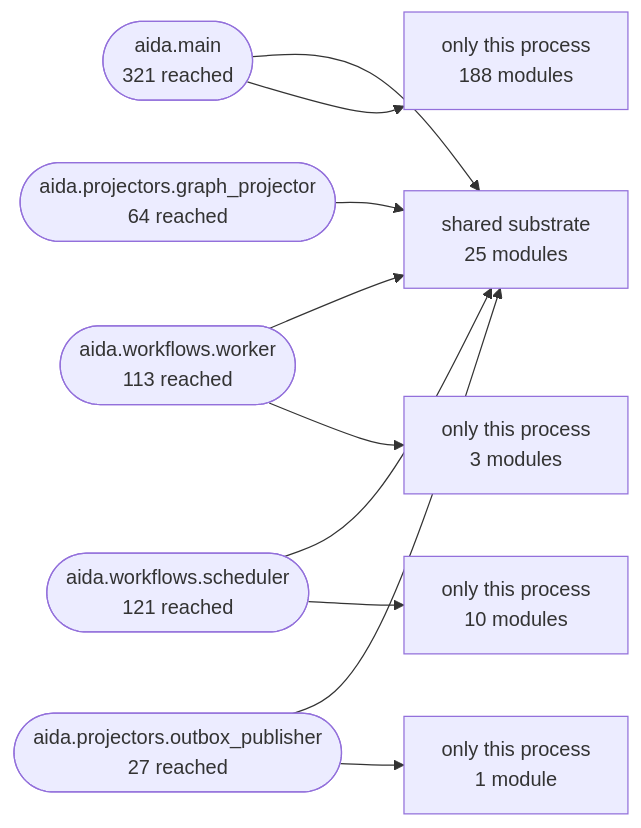
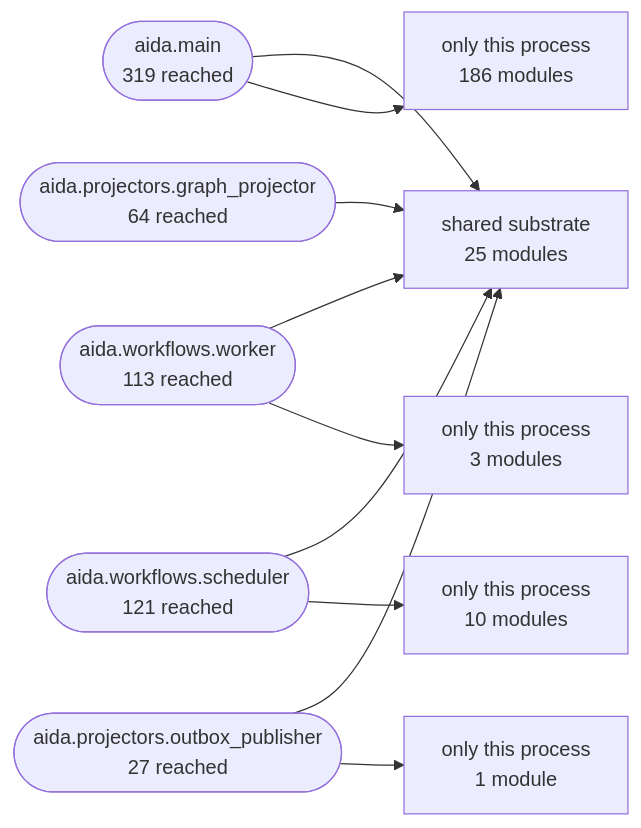
One commit to karuppusamym/AIDataAnalyst changed the second of 3 diagrams in Docs/10-architecture/14-generated-architecture-map.md. Above: the diagram before and after it, drawn with Mermaid. The commit also changed other lines of this file and 35 other files, not shown here.

````diff
--- a/Docs/10-architecture/14-generated-architecture-map.md
+++ b/Docs/10-architecture/14-generated-architecture-map.md
@@ -172,22 +172,22 @@
 ```mermaid
 graph LR
   shared["shared substrate<br/>25 modules"]
-  aida_main(["aida.main<br/>321 reached"])
+  aida_main(["aida.main<br/>319 reached"])
   aida_workflows_worker(["aida.workflows.worker<br/>113 reached"])
   aida_workflows_scheduler(["aida.workflows.scheduler<br/>121 reached"])
   aida_projectors_graph_projector(["aida.projectors.graph_projector<br/>64 reached"])
   aida_projectors_outbox_publisher(["aida.projectors.outbox_publisher<br/>27 reached"])
   aida_main --> shared
-  only_aida_main["only this process<br/>188 modules"]
+  only_aida_main["only this process<br/>186 modules"]
   aida_main --> only_aida_main
   aida_workflows_worker --> shared
   only_aida_workflows_worker["only this process<br/>3 modules"]
   aida_workflows_worker --> only_aida_workflows_worker
   aida_workflows_scheduler --> shared
   only_aida_workflows_scheduler["only this process<br/>10 modules"]
   aida_workflows_scheduler --> only_aida_workflows_scheduler
   aida_projectors_graph_projector --> shared
   aida_projectors_outbox_publisher --> shared
   only_aida_projectors_outbox_publisher["only this process<br/>1 module"]
   aida_projectors_outbox_publisher --> only_aida_projectors_outbox_publisher
 ```
````
